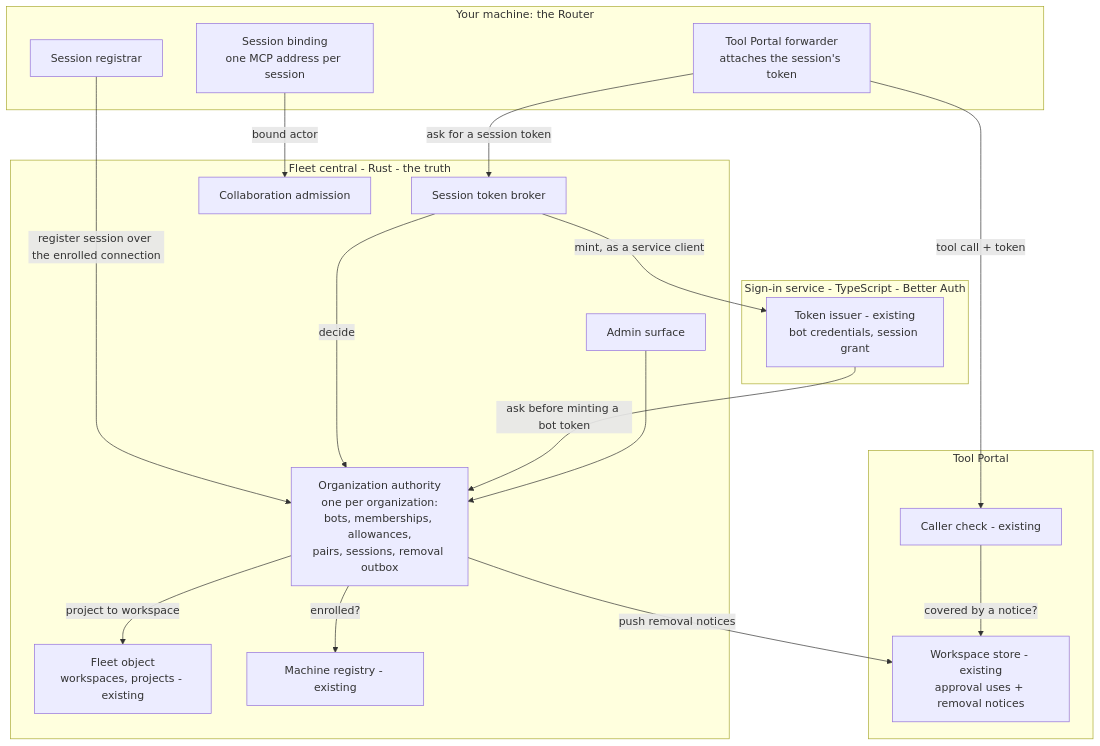
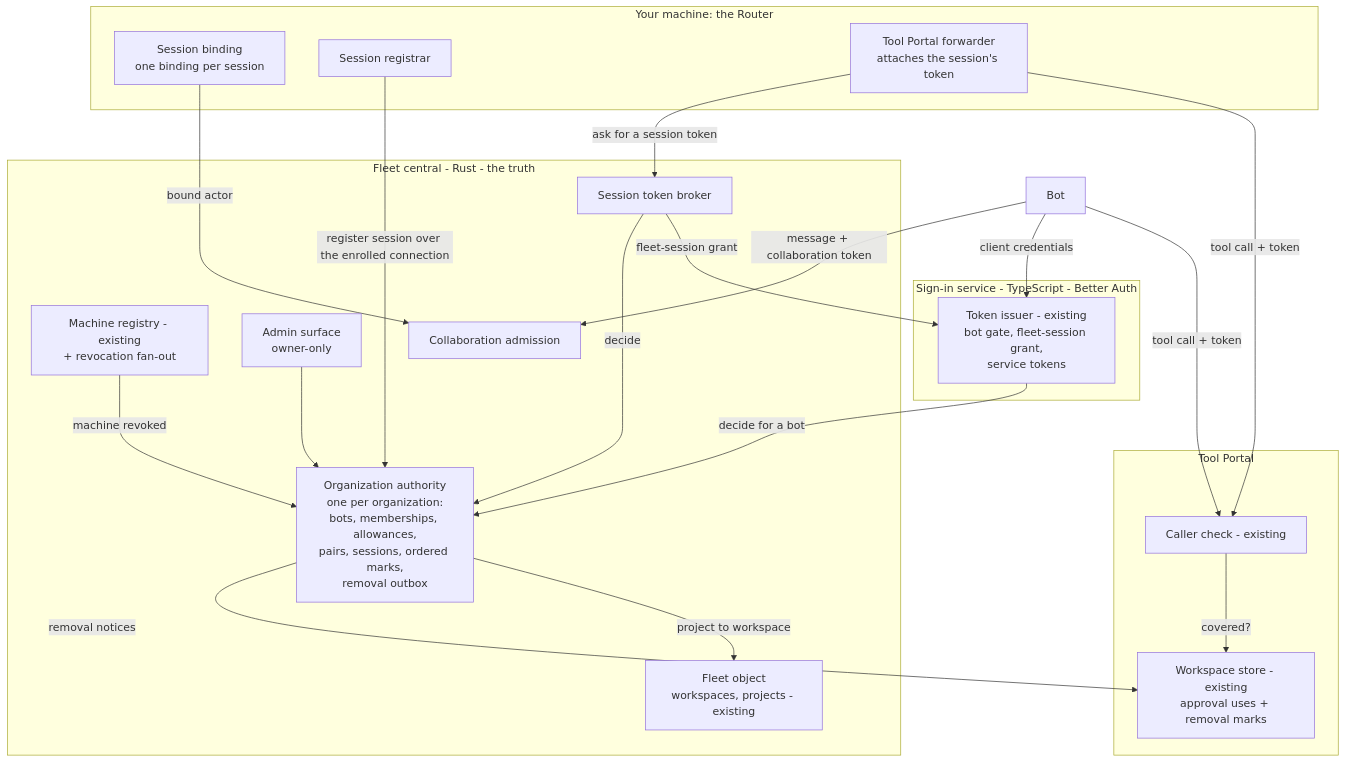
Before and after one commit to ShravanSunder/agent-vm: the first of 7 diagrams in docs/specs/2026-10-24-agent-identity/program-design.md, drawn with Mermaid. The commit also changed other lines of this file and 6 other files, not shown here.

````diff
--- a/docs/specs/2026-10-24-agent-identity/program-design.md
+++ b/docs/specs/2026-10-24-agent-identity/program-design.md
@@ -7,35 +7,39 @@
 ```mermaid
 flowchart TB
   subgraph ROUTER[Your machine: the Router]
-    RB[Session binding<br/>one MCP address per session]
+    RB[Session binding<br/>one binding per session]
     RR[Session registrar]
     RF[Tool Portal forwarder<br/>attaches the session's token]
   end
   subgraph CENTRAL[Fleet central - Rust - the truth]
-    OA[Organization authority<br/>one per organization:<br/>bots, memberships, allowances,<br/>pairs, sessions, removal outbox]
+    OA[Organization authority<br/>one per organization:<br/>bots, memberships, allowances,<br/>pairs, sessions, ordered marks,<br/>removal outbox]
     FO[Fleet object<br/>workspaces, projects - existing]
-    REG[Machine registry - existing]
+    REG[Machine registry - existing<br/>+ revocation fan-out]
     STB[Session token broker]
-    ADM[Admin surface]
+    ADM[Admin surface<br/>owner-only]
     CA[Collaboration admission]
   end
   subgraph AUTH[Sign-in service - TypeScript - Better Auth]
-    BAI[Token issuer - existing<br/>bot credentials, session grant]
+    BAI[Token issuer - existing<br/>bot gate, fleet-session grant,<br/>service tokens]
   end
   subgraph PORTAL[Tool Portal]
     CC[Caller check - existing]
-    WS[Workspace store - existing<br/>approval uses + removal notices]
+    WS[Workspace store - existing<br/>approval uses + removal marks]
   end
+  BOT[Bot]
   RR -- register session over the enrolled connection --> OA
   RF -- ask for a session token --> STB
   STB -- decide --> OA
-  STB -- mint, as a service client --> BAI
-  BAI -- ask before minting a bot token --> OA
-  OA -- push removal notices --> WS
+  STB -- fleet-session grant --> BAI
+  BOT -- client credentials --> BAI
+  BAI -- decide for a bot --> OA
+  OA -- removal notices --> WS
+  REG -- machine revoked --> OA
   RF -- tool call + token --> CC
-  CC -- covered by a notice? --> WS
+  BOT -- tool call + token --> CC
+  CC -- covered? --> WS
   RB -- bound actor --> CA
+  BOT -- message + collaboration token --> CA
   ADM --> OA
   OA -- project to workspace --> FO
-  OA -- enrolled? --> REG
 ```
````
